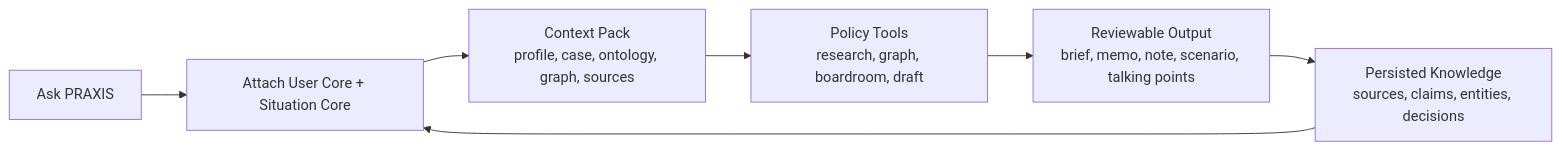
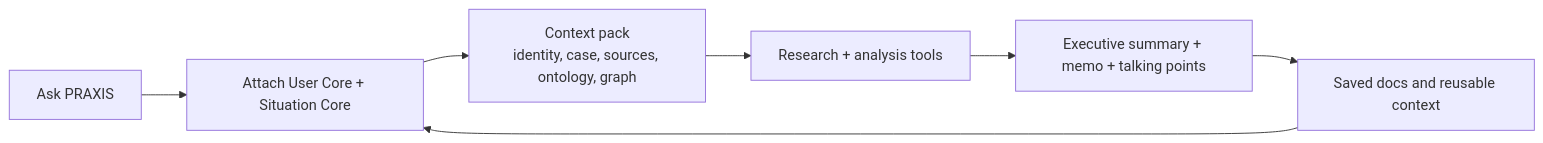
The diagram in README.md (sargonxg/A4_PRAXIS_CLOUD_Work), drawn with Mermaid before and after one commit. The commit also changed other lines of this file, not shown here.

Commit message:
docs: rewrite README for PRAXIS

````diff
--- a/README.md
+++ b/README.md
@@ -13,9 +75,9 @@
 ```mermaid
 flowchart LR
-  Ask["Ask PRAXIS"] --> Core["Attach User Core + Situation Core"]
-  Core --> Context["Context Pack<br/>profile, case, ontology, graph, sources"]
-  Context --> Tools["Policy Tools<br/>research, graph, boardroom, draft"]
-  Tools --> Output["Reviewable Output<br/>brief, memo, note, scenario, talking points"]
-  Output --> Memory["Persisted Knowledge<br/>sources, claims, entities, decisions"]
-  Memory --> Core
+  Ask["Ask PRAXIS"] --> Cores["Attach User Core + Situation Core"]
+  Cores --> Context["Context pack<br/>identity, case, sources, ontology, graph"]
+  Context --> Tools["Research + analysis tools"]
+  Tools --> Draft["Executive summary + memo + talking points"]
+  Draft --> Library["Saved docs and reusable context"]
+  Library --> Cores
 ```
````
